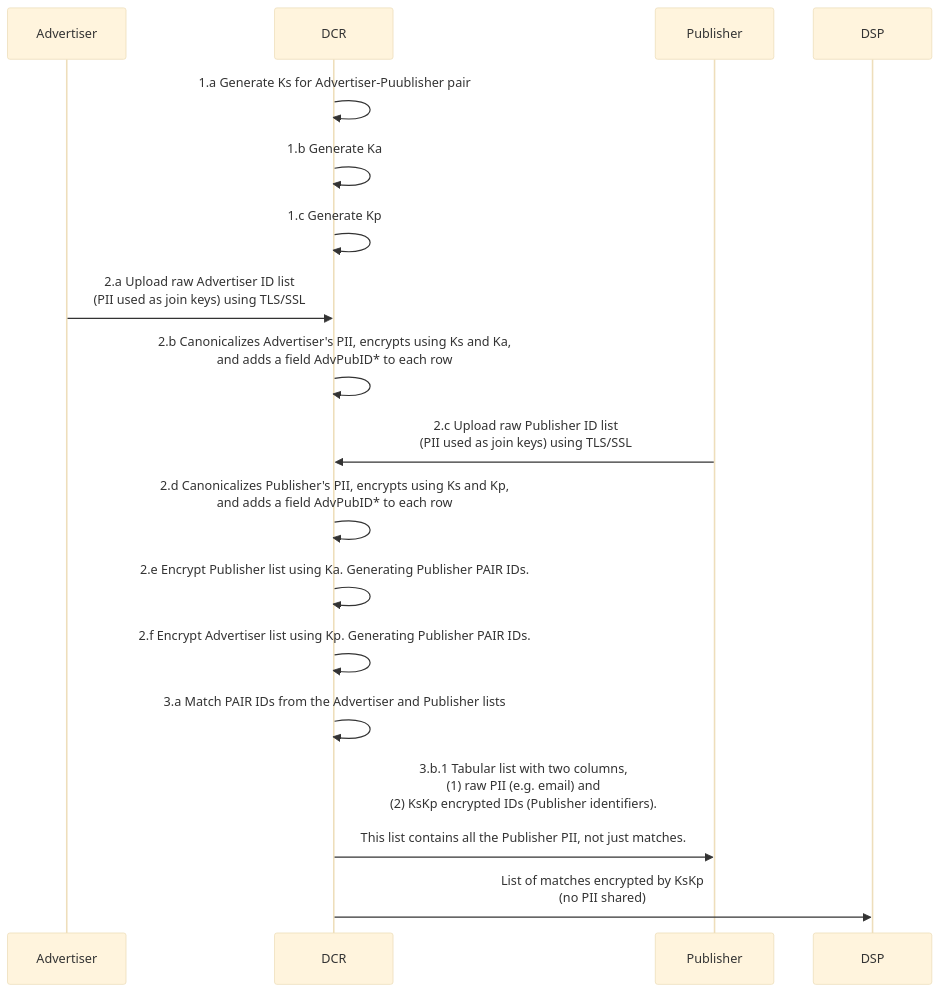
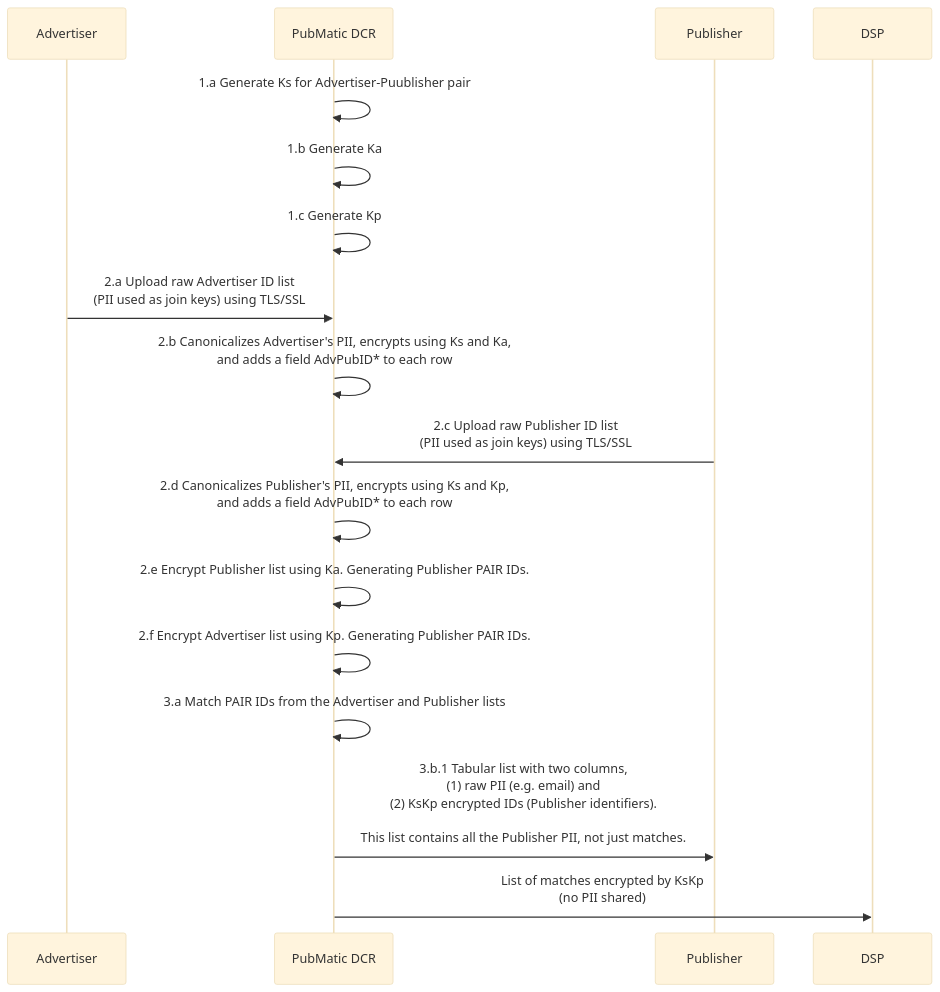
Before and after one commit to pm-harshad-mane/Diagrams: the diagram in PAIR/PubMatic_DCR_PAIR.md, drawn with Mermaid.

````diff
--- a/PAIR/PubMatic_DCR_PAIR.md
+++ b/PAIR/PubMatic_DCR_PAIR.md
@@ -1,25 +1,25 @@
 ```mermaid
 %%{init: {'theme': 'base', 'themeVariables': { 'participantBkgColor': '#f0f0f0', 'participantBorderColor': '#000000' }}}%%
 sequenceDiagram
 
 participant Adv as Advertiser
-participant DCR
+participant DCR as PubMatic DCR
 participant Pub as Publisher
 participant DSP
 
 DCR->>DCR: 1.a Generate Ks for Advertiser-Puublisher pair
 DCR->>DCR: 1.b Generate Ka
 DCR->>DCR: 1.c Generate Kp
 
 Adv->>DCR: 2.a Upload raw Advertiser ID list <br/>(PII used as join keys) using TLS/SSL
 DCR->>DCR: 2.b Canonicalizes Advertiser's PII, encrypts using Ks and Ka,<br/> and adds a field AdvPubID* to each row
 Pub->>DCR: 2.c Upload raw Publisher ID list <br/>(PII used as join keys) using TLS/SSL
 DCR->>DCR: 2.d Canonicalizes Publisher's PII, encrypts using Ks and Kp,<br/> and adds a field AdvPubID* to each row
 DCR->>DCR: 2.e Encrypt Publisher list using Ka. Generating Publisher PAIR IDs.
 DCR->>DCR: 2.f Encrypt Advertiser list using Kp. Generating Publisher PAIR IDs.
 
 DCR->>DCR: 3.a Match PAIR IDs from the Advertiser and Publisher lists
 DCR->>Pub: 3.b.1 Tabular list with two columns, <br/>(1) raw PII (e.g. email) and <br/>(2) KsKp encrypted IDs (Publisher identifiers).<br/><br/>This list contains all the Publisher PII, not just matches.
 DCR->>DSP: List of matches encrypted by KsKp <br/>(no PII shared)
 
 ```
````
